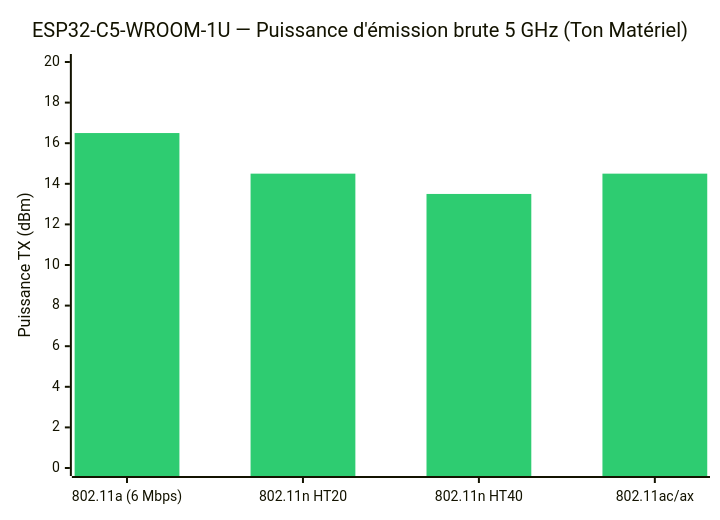
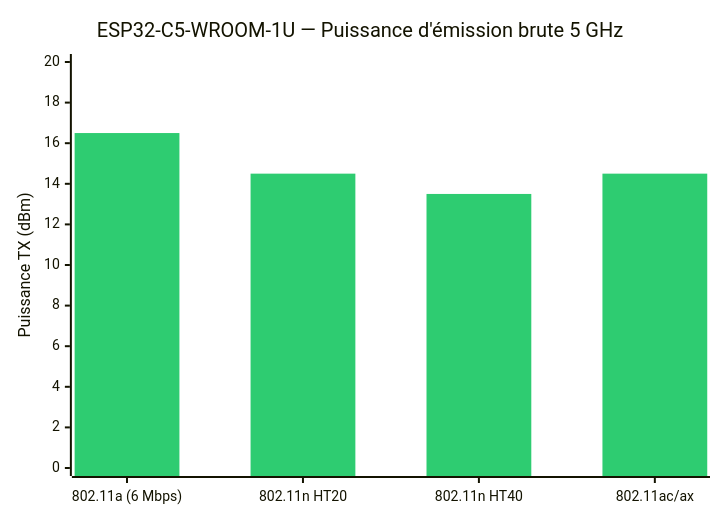
The diagram in performances_and_prices/README.md (Jamane92/ESP32_C5_DRONE_VTX), drawn with Mermaid before and after one commit. The commit also changed other lines of this file, not shown here.

````diff
--- a/performances_and_prices/README.md
+++ b/performances_and_prices/README.md
@@ -24,8 +32,8 @@
 ```mermaid
 %%{init: {'themeVariables': {'xyChart': {'plotColorPalette': '#2ecc71'}}}}%%
 xychart-beta
-    title "ESP32-C5-WROOM-1U — Puissance d'émission brute 5 GHz (Ton Matériel)"
+    title "ESP32-C5-WROOM-1U — Puissance d'émission brute 5 GHz"
     x-axis ["802.11a (6 Mbps)", "802.11n HT20", "802.11n HT40", "802.11ac/ax"]
     y-axis "Puissance TX (dBm)" 0 --> 20
     bar [16.5, 14.5, 13.5, 14.5]
 ```
````
